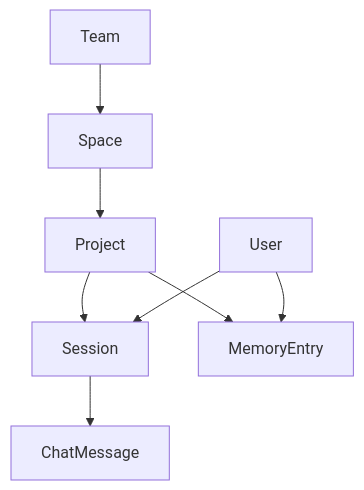
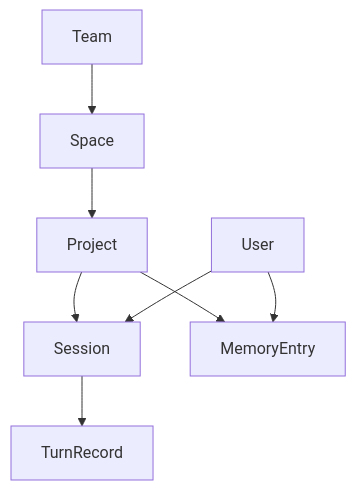
The diagram in docs/hierarchy-grpc-design_CN.md (OpenVulcan/vulcan-memory-mesh), drawn with Mermaid before and after one commit. The commit also changed other lines of this file and 25 other files, not shown here.

````diff
--- a/docs/hierarchy-grpc-design_CN.md
+++ b/docs/hierarchy-grpc-design_CN.md
@@ -39,10 +39,10 @@
 ```mermaid
 flowchart TD
   A["Team"] --> B["Space"]
   B --> C["Project"]
   C --> D["Session"]
-  D --> E["ChatMessage"]
+  D --> E["TurnRecord"]
   C --> F["MemoryEntry"]
   G["User"] --> D
   G["User"] --> F
 ```
````
